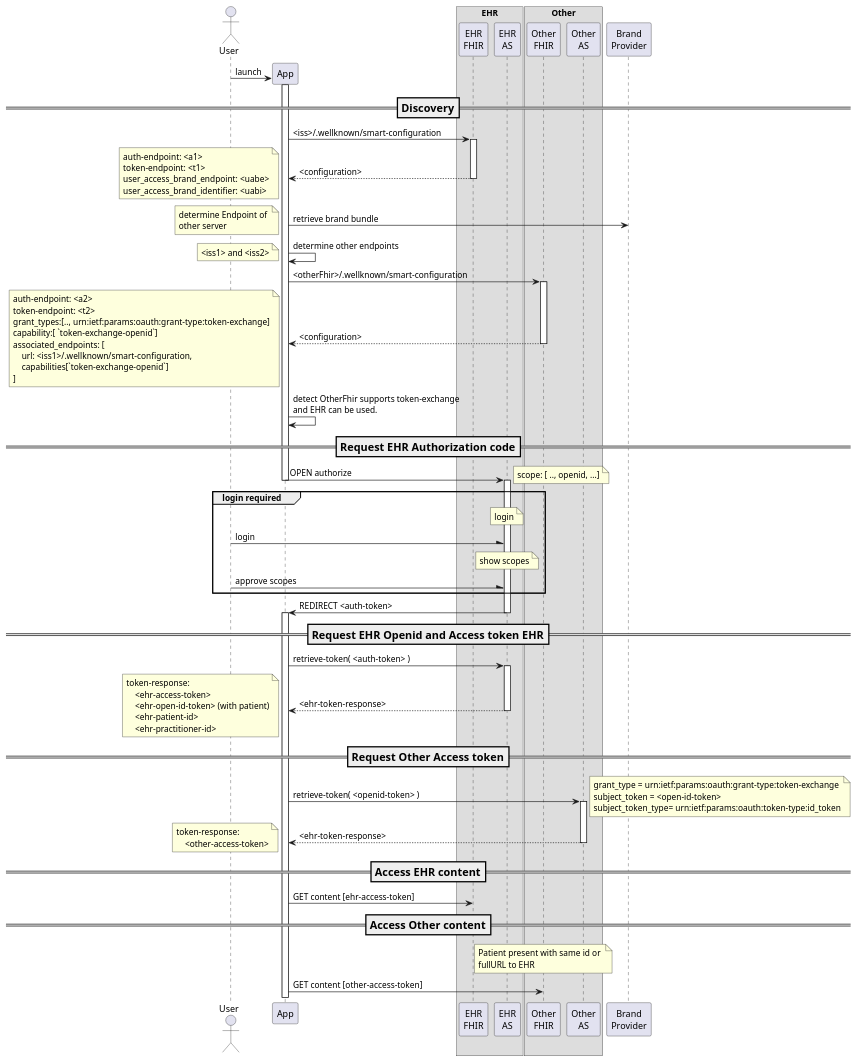
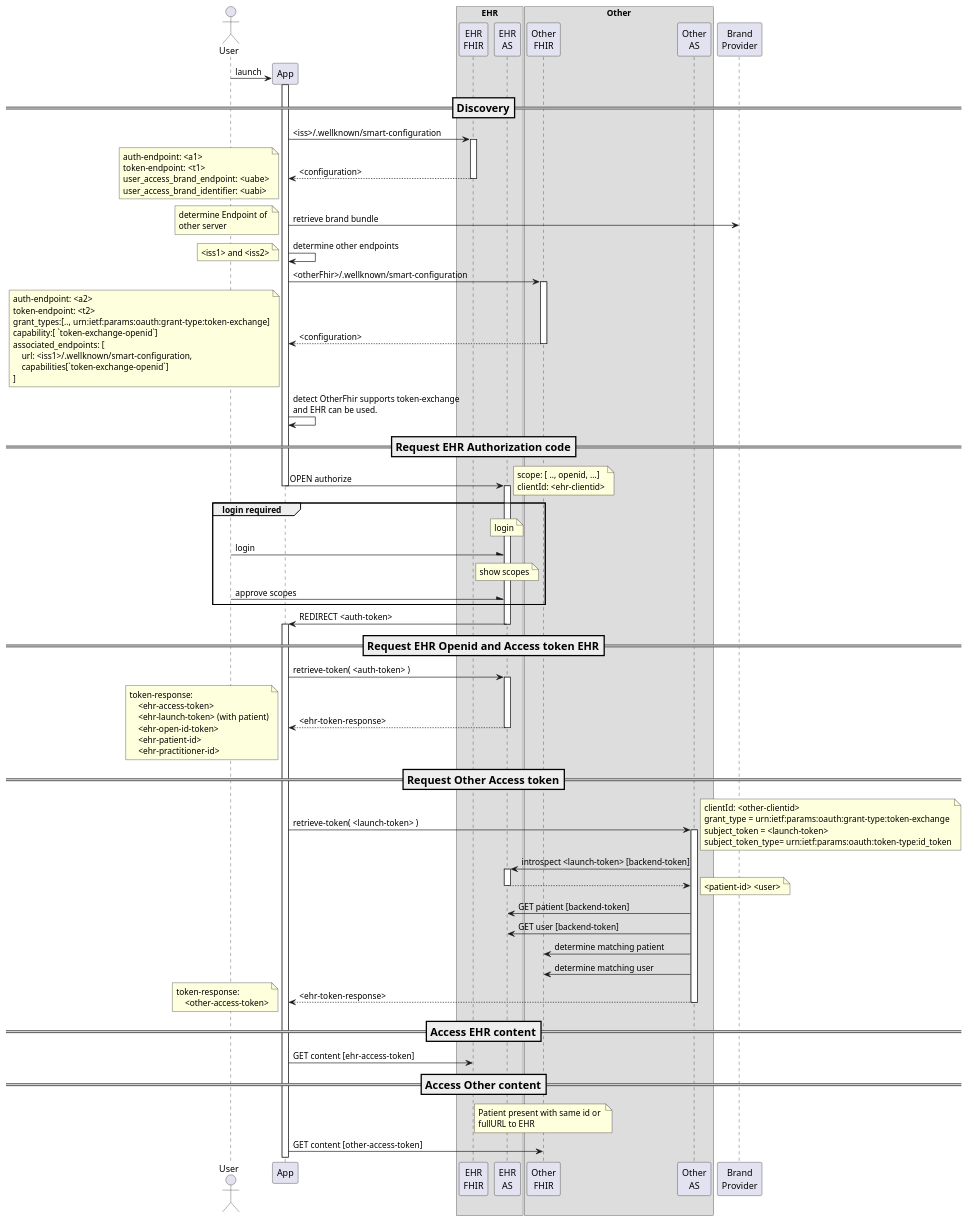
Before and after one commit to bvdh/argonaut-imaging: the diagram in input/images-source/solution-token-exchange.plantuml, drawn with PlantUML. The commit also changed 12 other files, not shown here.

```diff
--- a/input/images-source/solution-token-exchange.plantuml
+++ b/input/images-source/solution-token-exchange.plantuml
@@ -1,97 +1,109 @@
 @startuml
 
 actor User
 participant "App" as App
 box EHR
     participant  "EHR\nFHIR" as EhrFHIR
     participant  "EHR\nAS" as EhrAS
 end box
 box Other
     participant  "Other\nFHIR" as OtherFHIR
     participant  "Other\nAS" as OtherAS
 end box
 participant  "Brand\nProvider" as BrandProvider
 
 create App
 User -> App: launch
 activate App
 
 === Discovery ==
 App -> EhrFHIR ++: <iss>/.wellknown/smart-configuration
 App <-- EhrFHIR --: <configuration>
 note left
     auth-endpoint: <a1>
     token-endpoint: <t1>
     user_access_brand_endpoint: <uabe>
     user_access_brand_identifier: <uabi>
 end note
 App -> BrandProvider: retrieve brand bundle
 note left 
     determine Endpoint of 
     other server
 end note
 App -> App: determine other endpoints
 note left: <iss1> and <iss2>
 App -> OtherFHIR ++: <otherFhir>/.wellknown/smart-configuration
 App <-- OtherFHIR --: <configuration>
 note left
     auth-endpoint: <a2>
     token-endpoint: <t2>
     grant_types:[.., urn:ietf:params:oauth:grant-type:token-exchange]
     capability:[ `token-exchange-openid`]
     associated_endpoints: [ 
         url: <iss1>/.wellknown/smart-configuration, 
         capabilities[`token-exchange-openid`]
     ]
 end note
 App -> App: detect OtherFhir supports token-exchange\nand EHR can be used.
 
 === Request EHR Authorization code ==
 EhrAS <- App --: OPEN authorize
-    note right: scope: [ .., openid, ...]
+    note right
+     scope: [ .., openid, ...]
+     clientId: <ehr-clientid>
+    end note
     activate EhrAS
     group login required
         note over EhrAS: login
         User -\ EhrAS: login
     
         note over EhrAS: show scopes
         User -\ EhrAS: approve scopes
 end
 App <- EhrAS --: REDIRECT <auth-token>
 activate App
 
 === Request EHR Openid and Access token EHR ==
 App -> EhrAS ++: retrieve-token( <auth-token> )
 App <-- EhrAS --: <ehr-token-response>
 note left
     token-response:
         <ehr-access-token>
-        <ehr-open-id-token> (with patient)
+        <ehr-launch-token> (with patient)
+        <ehr-open-id-token>
         <ehr-patient-id>
         <ehr-practitioner-id>
 end note
 
 === Request Other Access token ==
-App -> OtherAS ++: retrieve-token( <openid-token> )
+App -> OtherAS ++: retrieve-token( <launch-token> )
 note right
+    clientId: <other-clientid>
     grant_type = urn:ietf:params:oauth:grant-type:token-exchange
-    subject_token = <open-id-token>
+    subject_token = <launch-token>
     subject_token_type= urn:ietf:params:oauth:token-type:id_token
 end note
+OtherAS ->  EhrAS ++: introspect <launch-token> [backend-token]
+OtherAS <-- EhrAS --
+note right: <patient-id> <user>
+OtherAS -> EhrAS: GET patient [backend-token]
+OtherAS -> EhrAS: GET user [backend-token]
+OtherAS -> OtherFHIR: determine matching patient 
+OtherAS -> OtherFHIR: determine matching user
 App <-- OtherAS --: <ehr-token-response>
 note left
     token-response:
         <other-access-token>
 end note
 
 === Access EHR content ==
 App -> EhrFHIR: GET content [ehr-access-token]
 
 === Access Other content ==
 note over OtherFHIR
     Patient present with same id or 
     fullURL to EHR
 end note
 App -> OtherFHIR: GET content [other-access-token]
 
 @enduml
```
